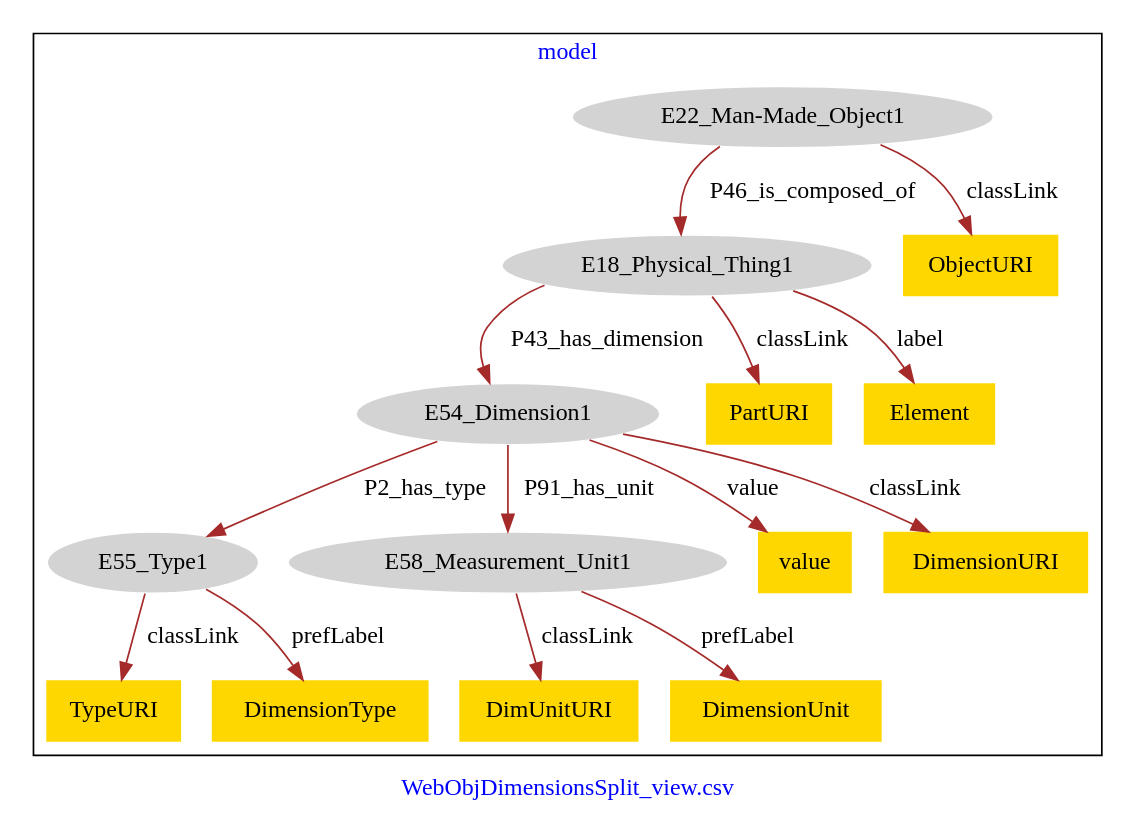
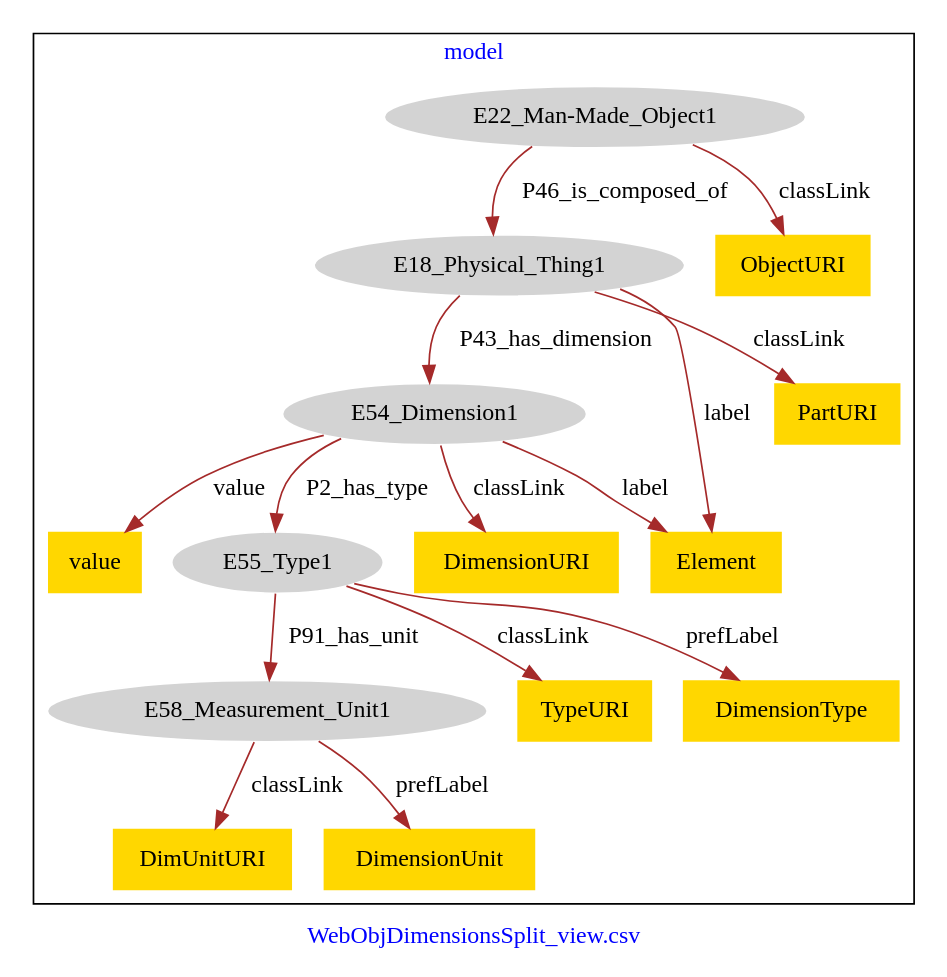
One commit to american-art/SAAM changed the diagram in WebObjDimensionsSplit_view/WebObjDimensionsSplit_view-model.dot. Above: the diagram before and after it, drawn with Graphviz.

Commit message:
Update file WebObjDimensionsSplit_view-model.dot

```diff
--- a/WebObjDimensionsSplit_view/WebObjDimensionsSplit_view-model.dot
+++ b/WebObjDimensionsSplit_view/WebObjDimensionsSplit_view-model.dot
@@ -1,35 +1,36 @@
 digraph n0 {
 fontcolor="blue"
 remincross="true"
 label="WebObjDimensionsSplit_view.csv"
 subgraph cluster {
 label="model"
 n2[style="filled",color="white",fillcolor="lightgray",label="E18_Physical_Thing1"];
 n3[style="filled",color="white",fillcolor="lightgray",label="E54_Dimension1"];
 n4[style="filled",color="white",fillcolor="lightgray",label="E22_Man-Made_Object1"];
 n5[style="filled",color="white",fillcolor="lightgray",label="E55_Type1"];
 n6[style="filled",color="white",fillcolor="lightgray",label="E58_Measurement_Unit1"];
-n7[shape="plaintext",style="filled",fillcolor="gold",label="PartURI"];
-n8[shape="plaintext",style="filled",fillcolor="gold",label="DimUnitURI"];
-n9[shape="plaintext",style="filled",fillcolor="gold",label="value"];
+n7[shape="plaintext",style="filled",fillcolor="gold",label="DimensionURI"];
+n8[shape="plaintext",style="filled",fillcolor="gold",label="TypeURI"];
+n9[shape="plaintext",style="filled",fillcolor="gold",label="Element"];
 n10[shape="plaintext",style="filled",fillcolor="gold",label="ObjectURI"];
-n11[shape="plaintext",style="filled",fillcolor="gold",label="TypeURI"];
-n12[shape="plaintext",style="filled",fillcolor="gold",label="DimensionType"];
-n13[shape="plaintext",style="filled",fillcolor="gold",label="Element"];
-n14[shape="plaintext",style="filled",fillcolor="gold",label="DimensionURI"];
-n15[shape="plaintext",style="filled",fillcolor="gold",label="DimensionUnit"];
+n11[shape="plaintext",style="filled",fillcolor="gold",label="value"];
+n12[shape="plaintext",style="filled",fillcolor="gold",label="DimUnitURI"];
+n13[shape="plaintext",style="filled",fillcolor="gold",label="DimensionUnit"];
+n14[shape="plaintext",style="filled",fillcolor="gold",label="DimensionType"];
+n15[shape="plaintext",style="filled",fillcolor="gold",label="PartURI"];
 }
 n2 -> n3[color="brown",fontcolor="black",label="P43_has_dimension"]
 n4 -> n2[color="brown",fontcolor="black",label="P46_is_composed_of"]
 n3 -> n5[color="brown",fontcolor="black",label="P2_has_type"]
-n3 -> n6[color="brown",fontcolor="black",label="P91_has_unit"]
-n2 -> n7[color="brown",fontcolor="black",label="classLink"]
-n6 -> n8[color="brown",fontcolor="black",label="classLink"]
-n3 -> n9[color="brown",fontcolor="black",label="value"]
+n5 -> n6[color="brown",fontcolor="black",label="P91_has_unit"]
+n3 -> n7[color="brown",fontcolor="black",label="classLink"]
+n5 -> n8[color="brown",fontcolor="black",label="classLink"]
+n3 -> n9[color="brown",fontcolor="black",label="label"]
 n4 -> n10[color="brown",fontcolor="black",label="classLink"]
-n5 -> n11[color="brown",fontcolor="black",label="classLink"]
-n5 -> n12[color="brown",fontcolor="black",label="prefLabel"]
-n2 -> n13[color="brown",fontcolor="black",label="label"]
-n3 -> n14[color="brown",fontcolor="black",label="classLink"]
-n6 -> n15[color="brown",fontcolor="black",label="prefLabel"]
+n3 -> n11[color="brown",fontcolor="black",label="value"]
+n6 -> n12[color="brown",fontcolor="black",label="classLink"]
+n6 -> n13[color="brown",fontcolor="black",label="prefLabel"]
+n5 -> n14[color="brown",fontcolor="black",label="prefLabel"]
+n2 -> n15[color="brown",fontcolor="black",label="classLink"]
+n2 -> n9[color="brown",fontcolor="black",label="label"]
 }
```
